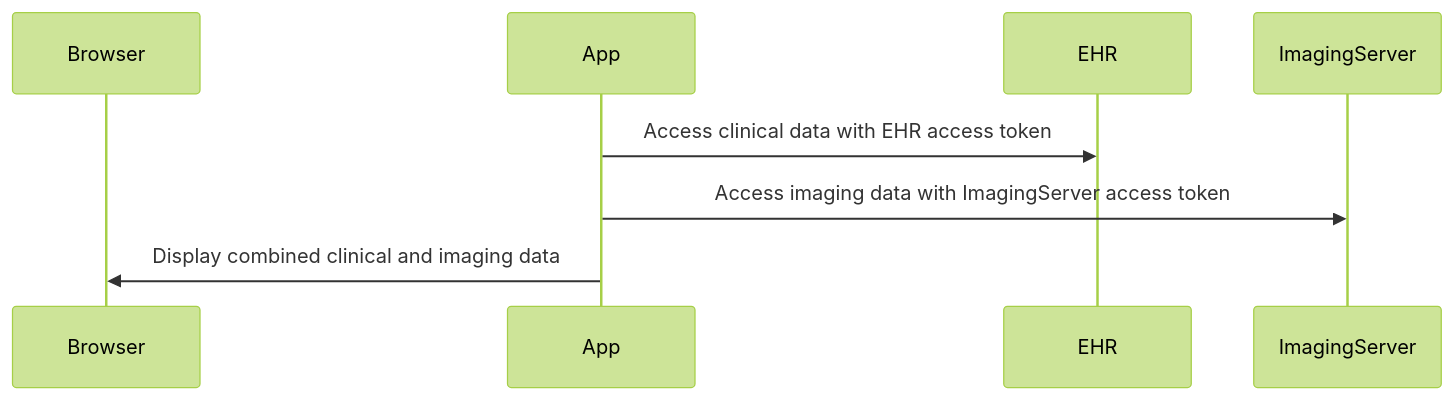
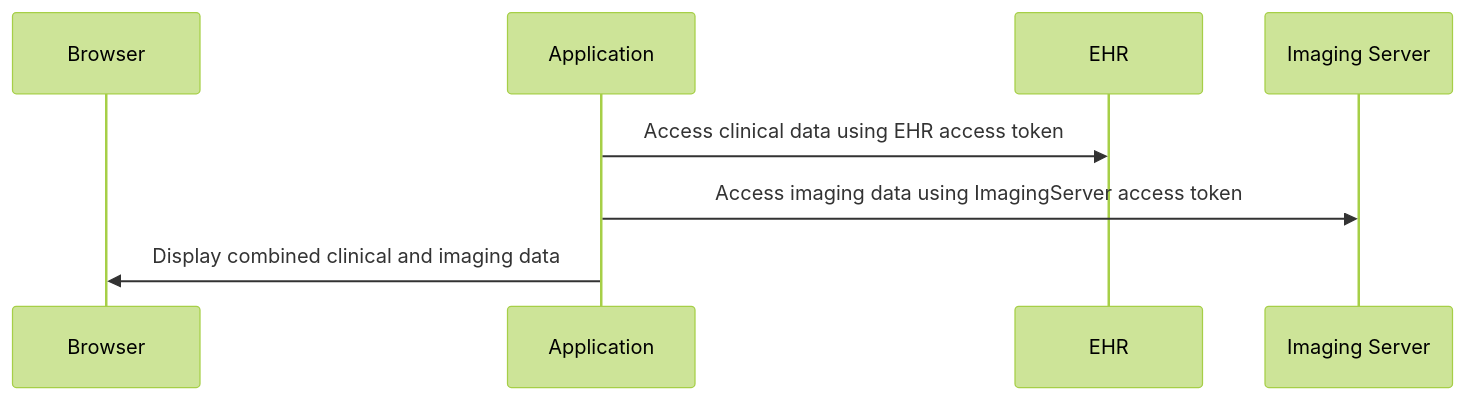
The fourth of 4 diagrams in input/pagecontent/solution-dual-smart-launch.md (bvdh/smart-multi-auth), drawn with Mermaid (forest theme) before and after one commit. The commit also changed other lines of this file, not shown here.

````diff
--- a/input/pagecontent/solution-dual-smart-launch.md
+++ b/input/pagecontent/solution-dual-smart-launch.md
@@ -230,11 +230,11 @@
 ```mermaid
 sequenceDiagram
     participant Browser
-    participant App
+    participant App as Application
     participant EHR
-    participant ImagingServer
+    participant ImagingServer as Imaging Server
     
-    App->>EHR: Access clinical data with EHR access token
-    App->>ImagingServer: Access imaging data with ImagingServer access token
+    App->>EHR: Access clinical data using EHR access token
+    App->>ImagingServer: Access imaging data using ImagingServer access token
     App->>Browser: Display combined clinical and imaging data
 ```
````
